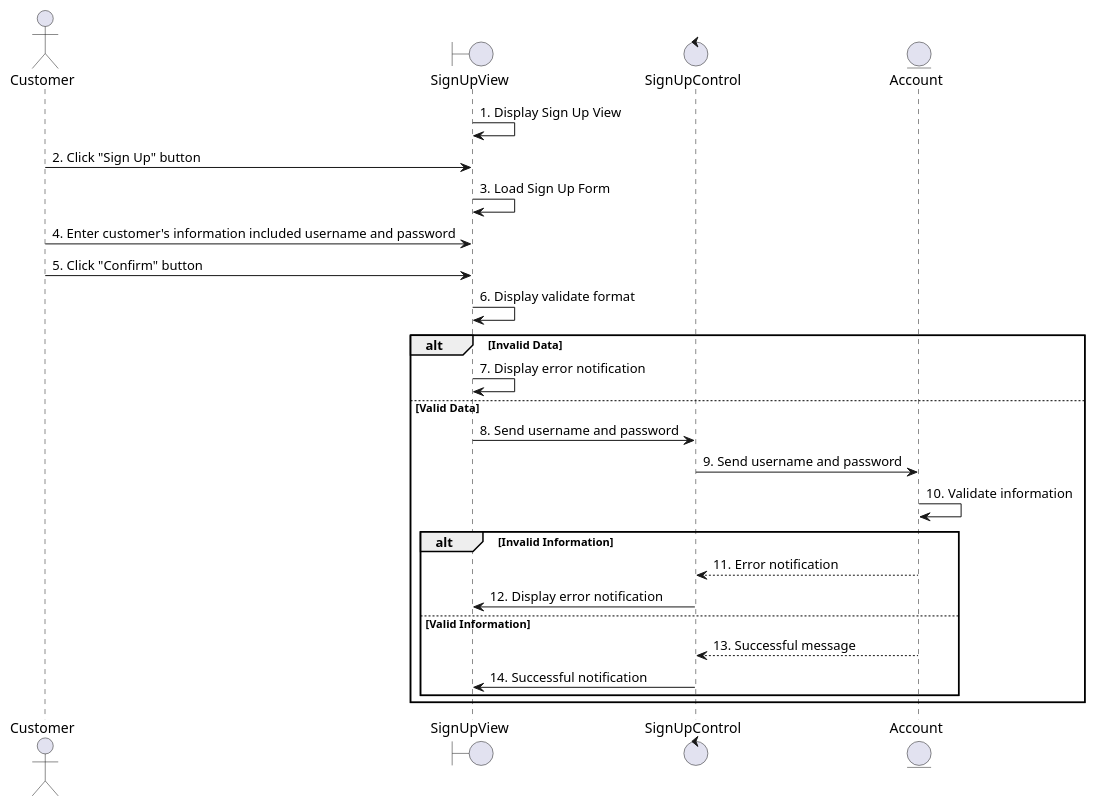
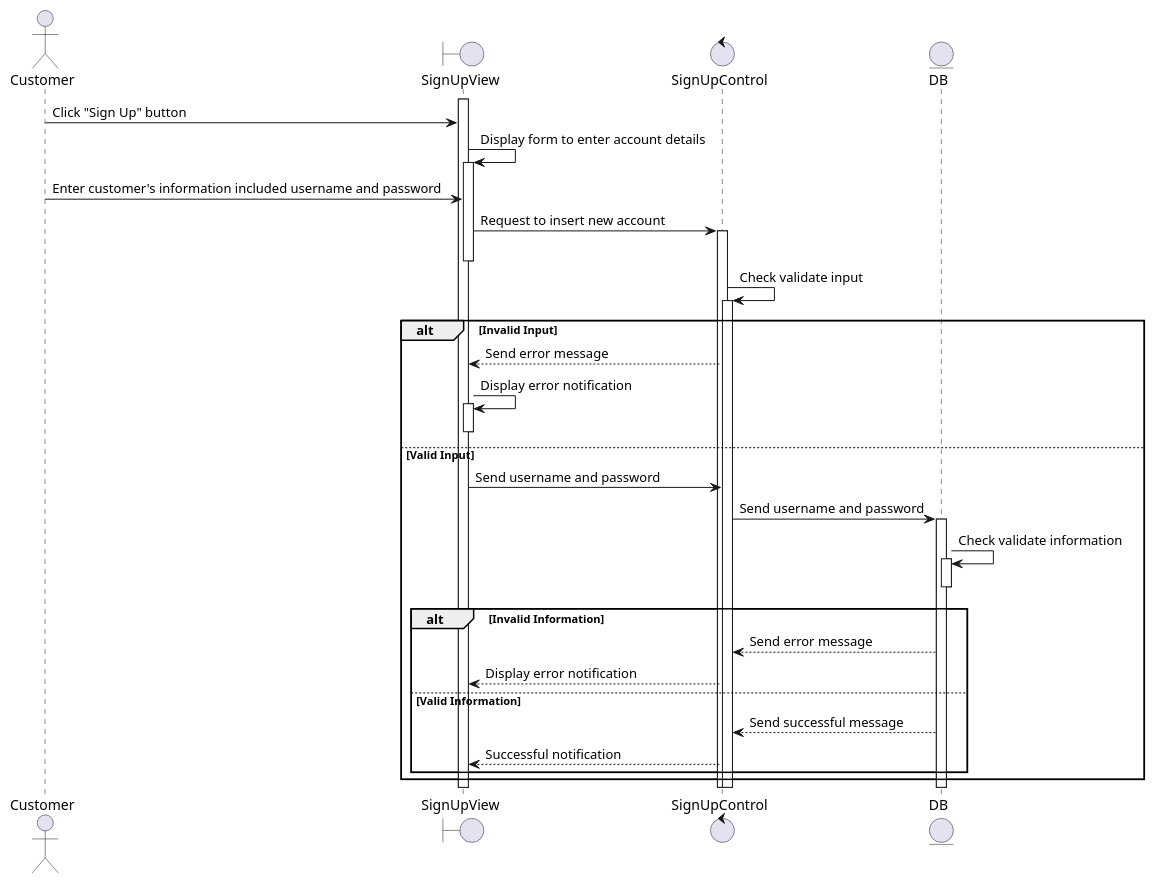
Before and after one commit to phamnhutdanh/SE357-Pratice-class: the diagram in Lab 1/Lab 1.2/sequence_diagram/seqSignUp.plantuml, drawn with PlantUML. The commit also changed 55 other files, not shown here.

```diff
--- a/Lab 1/Lab 1.2/sequence_diagram/seqSignUp.plantuml
+++ b/Lab 1/Lab 1.2/sequence_diagram/seqSignUp.plantuml
@@ -1,35 +1,42 @@
 @startuml
 
 actor Customer 
 boundary SignUpView 
 control SignUpControl
-entity Account
+entity DB
 
-SignUpView -> SignUpView: 1. Display Sign Up View
-Customer -> SignUpView: 2. Click "Sign Up" button
-SignUpView -> SignUpView: 3. Load Sign Up Form
-Customer -> SignUpView: 4. Enter customer's information included username and password
-Customer -> SignUpView: 5. Click "Confirm" button
-SignUpView -> SignUpView : 6. Display validate format
+activate SignUpView
+Customer -> SignUpView: Click "Sign Up" button
 
-alt Invalid Data
-    SignUpView -> SignUpView : 7. Display error notification
+SignUpView -> SignUpView: Display form to enter account details
+activate SignUpView
+Customer-> SignUpView : Enter customer's information included username and password
+SignUpView -> SignUpControl: Request to insert new account
+activate SignUpControl    
+deactivate SignUpView
+SignUpControl -> SignUpControl: Check validate input
+activate SignUpControl
 
-else Valid Data
-    SignUpView -> SignUpControl: 8. Send username and password
-    SignUpControl -> Account: 9. Send username and password
-    Account -> Account: 10. Validate information
+alt Invalid Input
+    SignUpControl --> SignUpView : Send error message
+    SignUpView -> SignUpView : Display error notification
+    activate SignUpView
+    deactivate SignUpView
+else Valid Input
+    SignUpView -> SignUpControl: Send username and password
+    SignUpControl -> DB: Send username and password
+    activate DB
+    DB -> DB: Check validate information
+    activate DB
+    deactivate DB
 
     alt Invalid Information
-        Account --> SignUpControl: 11. Error notification
-        SignUpControl -> SignUpView: 12. Display error notification
+        DB --> SignUpControl: Send error message
+        SignUpControl --> SignUpView: Display error notification
 
     else Valid Information
-        Account --> SignUpControl: 13. Successful message
-        SignUpControl -> SignUpView: 14. Successful notification
+        DB --> SignUpControl: Send successful message
+        SignUpControl --> SignUpView: Successful notification
     end
-
 end
-
-
 @enduml
```
